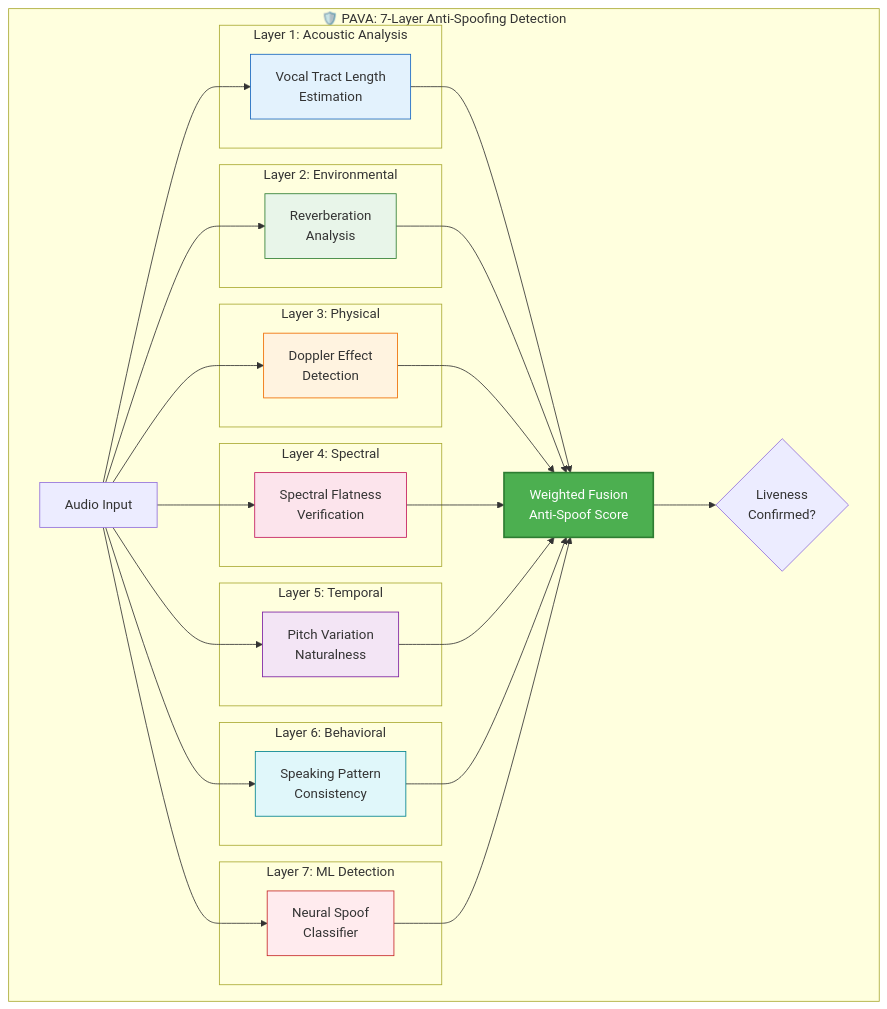
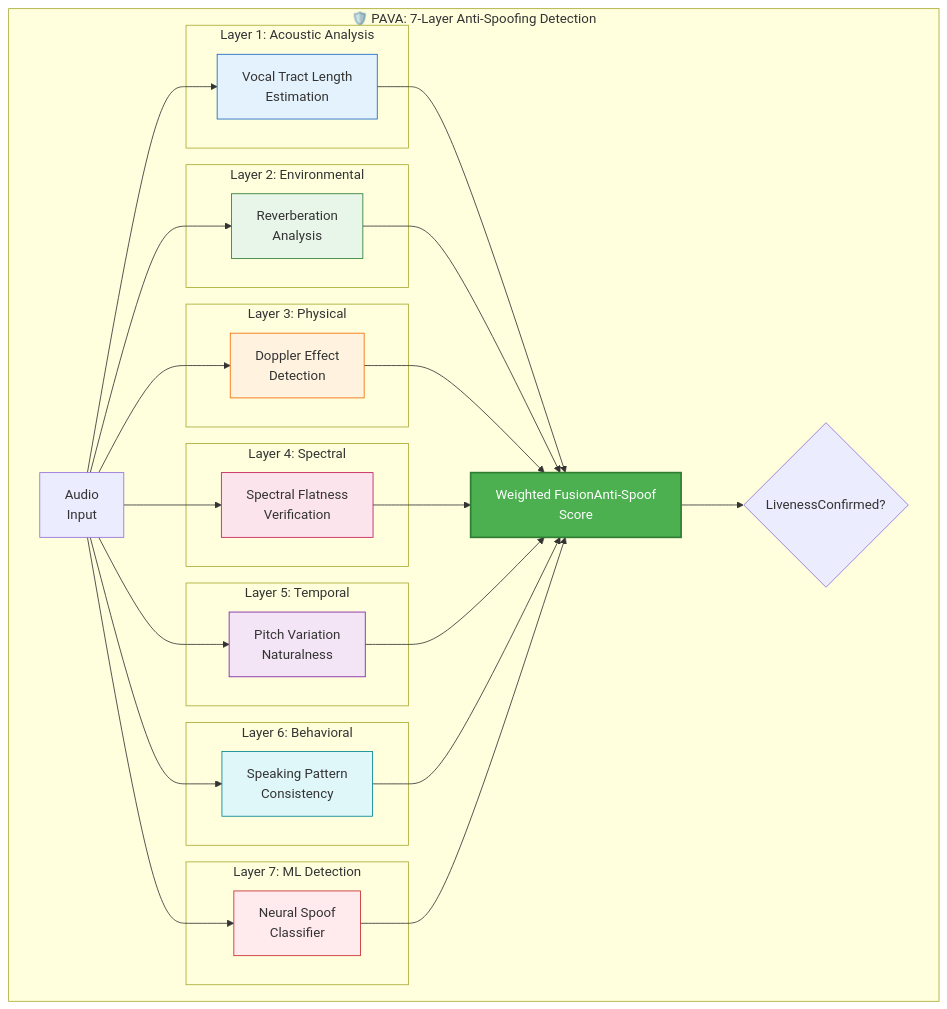
One commit to nandkishorrathodk-art/Ironcliw-ai changed the fifth of 13 diagrams in VOICE_BIOMETRIC_INTELLIGENCE_ARCHITECTURE.md. Above: the diagram before and after it, drawn with Mermaid. The commit also changed other lines of this file, not shown here.

````diff
--- a/VOICE_BIOMETRIC_INTELLIGENCE_ARCHITECTURE.md
+++ b/VOICE_BIOMETRIC_INTELLIGENCE_ARCHITECTURE.md
@@ -319,62 +313,62 @@
 ```mermaid
 flowchart TB
     subgraph "🛡️ PAVA: 7-Layer Anti-Spoofing Detection"
-        AUDIO[Audio Input]
+        AUDIO[Audio <br/>Input]
         
         subgraph "Layer 1: Acoustic Analysis"
             L1[Vocal Tract Length<br/>Estimation]
         end
         
         subgraph "Layer 2: Environmental"
             L2[Reverberation<br/>Analysis]
         end
         
         subgraph "Layer 3: Physical"
             L3[Doppler Effect<br/>Detection]
         end
         
         subgraph "Layer 4: Spectral"
             L4[Spectral Flatness<br/>Verification]
         end
         
         subgraph "Layer 5: Temporal"
             L5[Pitch Variation<br/>Naturalness]
         end
         
         subgraph "Layer 6: Behavioral"
             L6[Speaking Pattern<br/>Consistency]
         end
         
         subgraph "Layer 7: ML Detection"
             L7[Neural Spoof<br/>Classifier]
         end
         
-        FUSION[Weighted Fusion<br/>Anti-Spoof Score]
-        RESULT{Liveness<br/>Confirmed?}
+        FUSION[Weighted FusionAnti-Spoof <br/>Score]
+        RESULT{LivenessConfirmed?}
         
         AUDIO --> L1
         AUDIO --> L2
         AUDIO --> L3
         AUDIO --> L4
         AUDIO --> L5
         AUDIO --> L6
         AUDIO --> L7
         L1 --> FUSION
         L2 --> FUSION
         L3 --> FUSION
         L4 --> FUSION
         L5 --> FUSION
         L6 --> FUSION
         L7 --> FUSION
         FUSION --> RESULT
     end
 
     style L1 fill:#e3f2fd,stroke:#1565c0
     style L2 fill:#e8f5e9,stroke:#2e7d32
     style L3 fill:#fff3e0,stroke:#ef6c00
     style L4 fill:#fce4ec,stroke:#c2185b
     style L5 fill:#f3e5f5,stroke:#7b1fa2
     style L6 fill:#e0f7fa,stroke:#00838f
     style L7 fill:#ffebee,stroke:#c62828
     style FUSION fill:#4caf50,stroke:#2e7d32,stroke-width:2px,color:#fff
 ```
````
